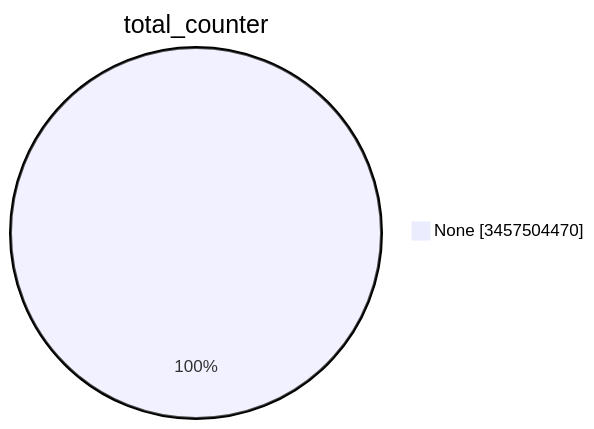
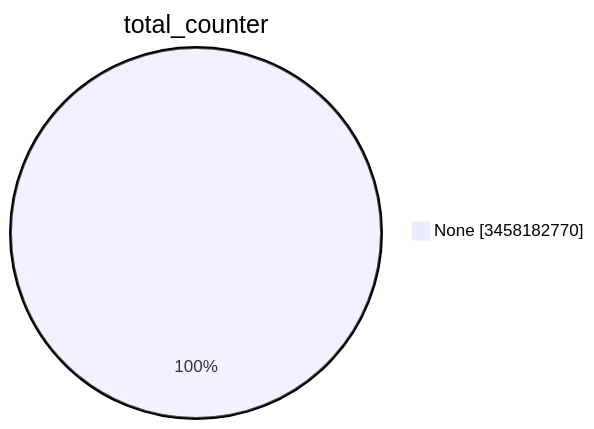
The first of 15 diagrams in TOTAL/README.md (christiankrug/ctmonitor_visualization), drawn with Mermaid before and after one commit. The commit also changed other lines of this file, not shown here.

````diff
--- a/TOTAL/README.md
+++ b/TOTAL/README.md
@@ -1,5 +1,5 @@
 ```mermaid
 pie showData
 title total_counter
-"None" :3457504470
+"None" :3458182770
 ```
````
